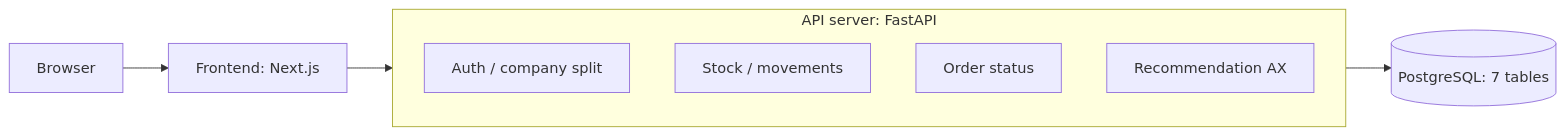
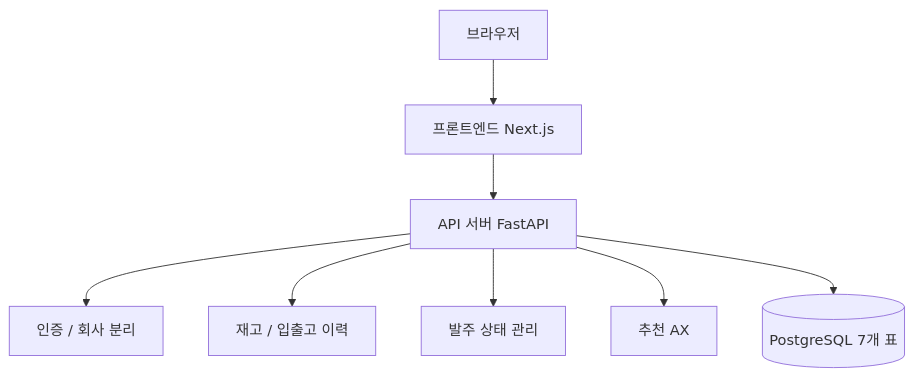
One commit to donghyunwoo1222/Cloud-scm-ax changed the diagram in docs/06-system-design/architecture.md. Above: the diagram before and after it, drawn with Mermaid. The commit also changed other lines of this file and 3 other files, not shown here.

````diff
--- a/docs/06-system-design/architecture.md
+++ b/docs/06-system-design/architecture.md
@@ -25,12 +25,10 @@
 ```mermaid
-flowchart LR
-    B[Browser] --> F[Frontend: Next.js]
-    F --> API
-    subgraph API[API server: FastAPI]
-      A1[Auth / company split]
-      A2[Stock / movements]
-      A3[Order status]
-      A4[Recommendation AX]
-    end
-    API --> DB[(PostgreSQL: 7 tables)]
+flowchart TD
+    B[브라우저] --> F[프론트엔드 Next.js]
+    F --> A[API 서버 FastAPI]
+    A --> A1[인증 / 회사 분리]
+    A --> A2[재고 / 입출고 이력]
+    A --> A3[발주 상태 관리]
+    A --> A4[추천 AX]
+    A --> DB[(PostgreSQL 7개 표)]
 ```
````
